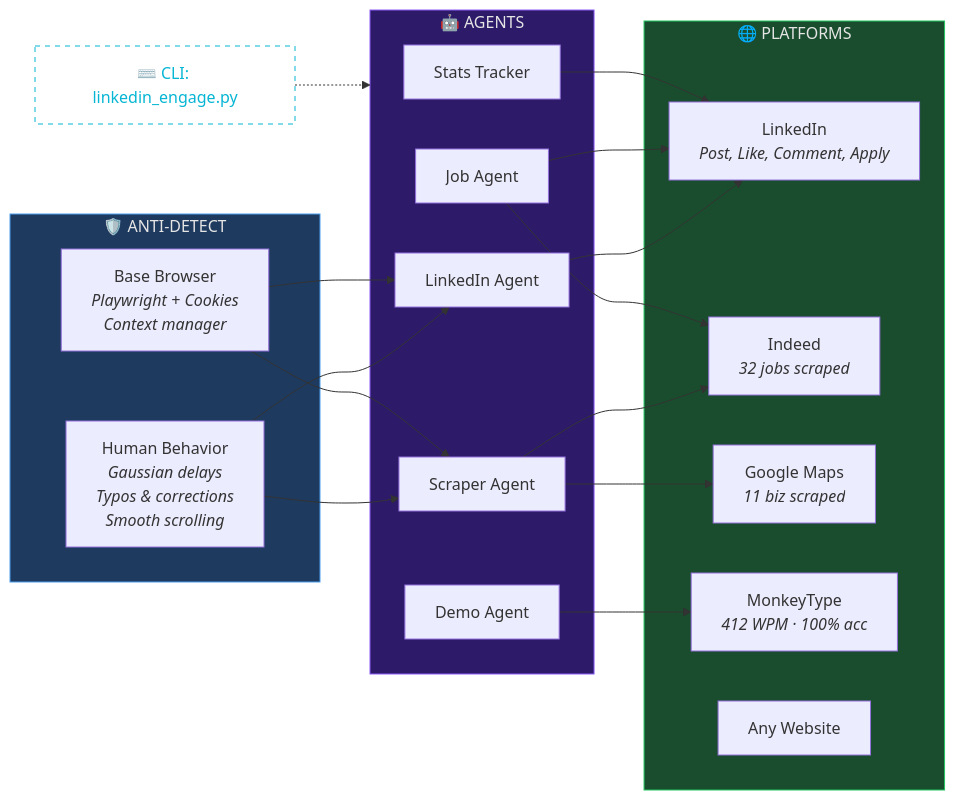
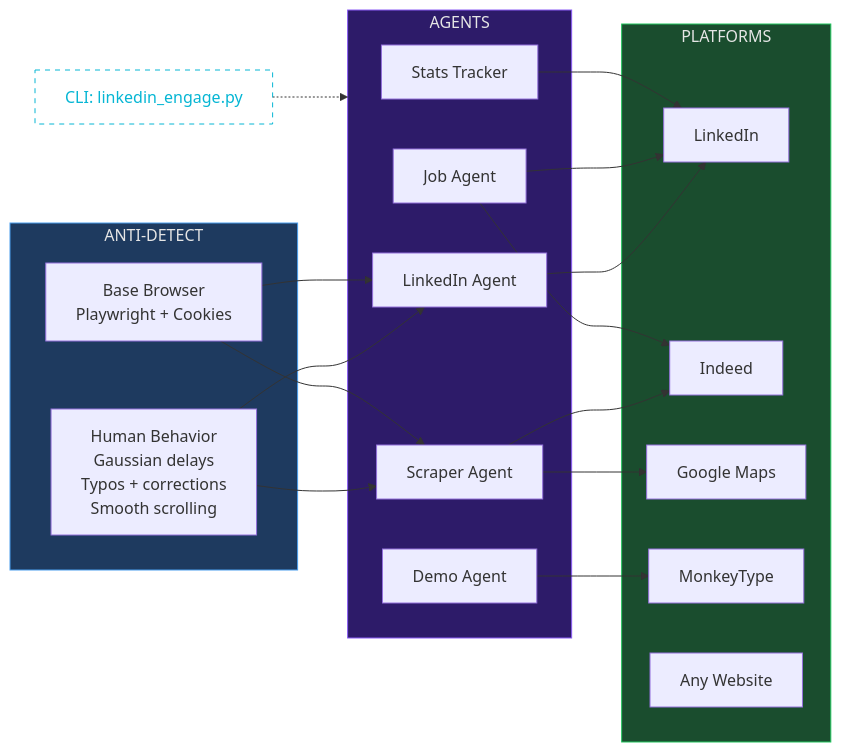
Before and after one commit to aiagentwithdhruv/ghost-browser: the diagram in README.md, drawn with Mermaid. The commit also changed other lines of this file, not shown here.

First line of the commit message:
Move architecture diagram after screenshots, fix ASCII alignment

````diff
--- a/README.md
+++ b/README.md
@@ -218,42 +128,42 @@
 ```mermaid
 graph LR
-    subgraph Anti-Detect["🛡️ ANTI-DETECT"]
-        HB["Human Behavior<br/><i>Gaussian delays<br/>Typos & corrections<br/>Smooth scrolling</i>"]
-        BB["Base Browser<br/><i>Playwright + Cookies<br/>Context manager</i>"]
+    subgraph Anti-Detect["ANTI-DETECT"]
+        HB["Human Behavior<br/>Gaussian delays<br/>Typos + corrections<br/>Smooth scrolling"]
+        BB["Base Browser<br/>Playwright + Cookies"]
     end
 
-    subgraph Agents["🤖 AGENTS"]
+    subgraph Agents["AGENTS"]
         LA["LinkedIn Agent"]
         SA["Scraper Agent"]
         JA["Job Agent"]
         DA["Demo Agent"]
         ST["Stats Tracker"]
     end
 
-    subgraph Platforms["🌐 PLATFORMS"]
-        LI["LinkedIn<br/><i>Post, Like, Comment, Apply</i>"]
-        IN["Indeed<br/><i>32 jobs scraped</i>"]
-        GM["Google Maps<br/><i>11 biz scraped</i>"]
-        MT["MonkeyType<br/><i>412 WPM · 100% acc</i>"]
+    subgraph Platforms["PLATFORMS"]
+        LI["LinkedIn"]
+        IN["Indeed"]
+        GM["Google Maps"]
+        MT["MonkeyType"]
         AW["Any Website"]
     end
 
     HB --> LA
     HB --> SA
     BB --> LA
     BB --> SA
     LA --> LI
     SA --> IN
     SA --> GM
     JA --> IN
     JA --> LI
     DA --> MT
     ST --> LI
 
-    CLI["⌨️ CLI: linkedin_engage.py"] -.-> Agents
+    CLI["CLI: linkedin_engage.py"] -.-> Agents
 
     style Anti-Detect fill:#1e3a5f,stroke:#4a9eed,color:#e5e5e5
     style Agents fill:#2d1b69,stroke:#8b5cf6,color:#e5e5e5
     style Platforms fill:#1a4d2e,stroke:#22c55e,color:#e5e5e5
     style CLI fill:transparent,stroke:#06b6d4,color:#06b6d4,stroke-dasharray: 5 5
 ```
````
